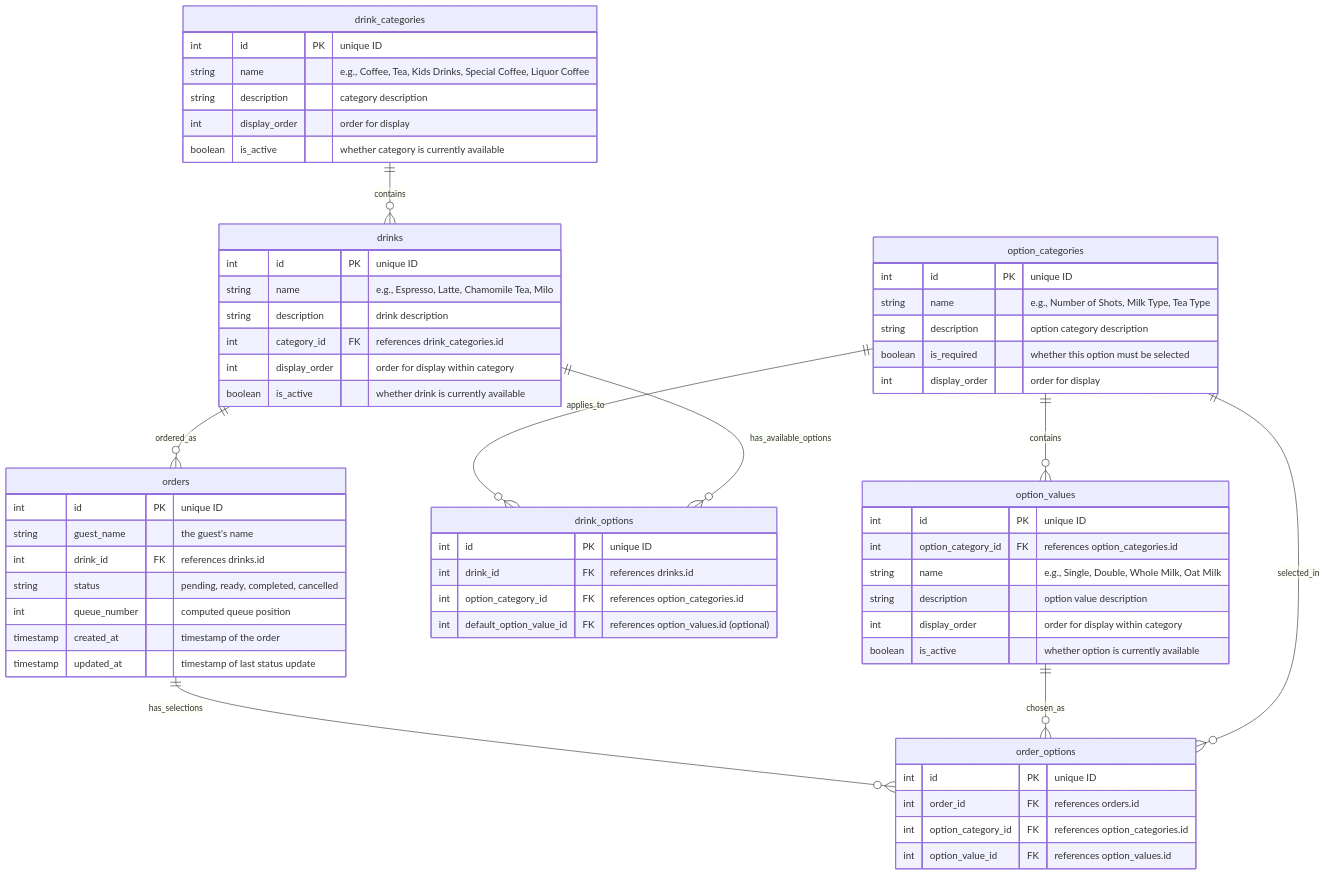
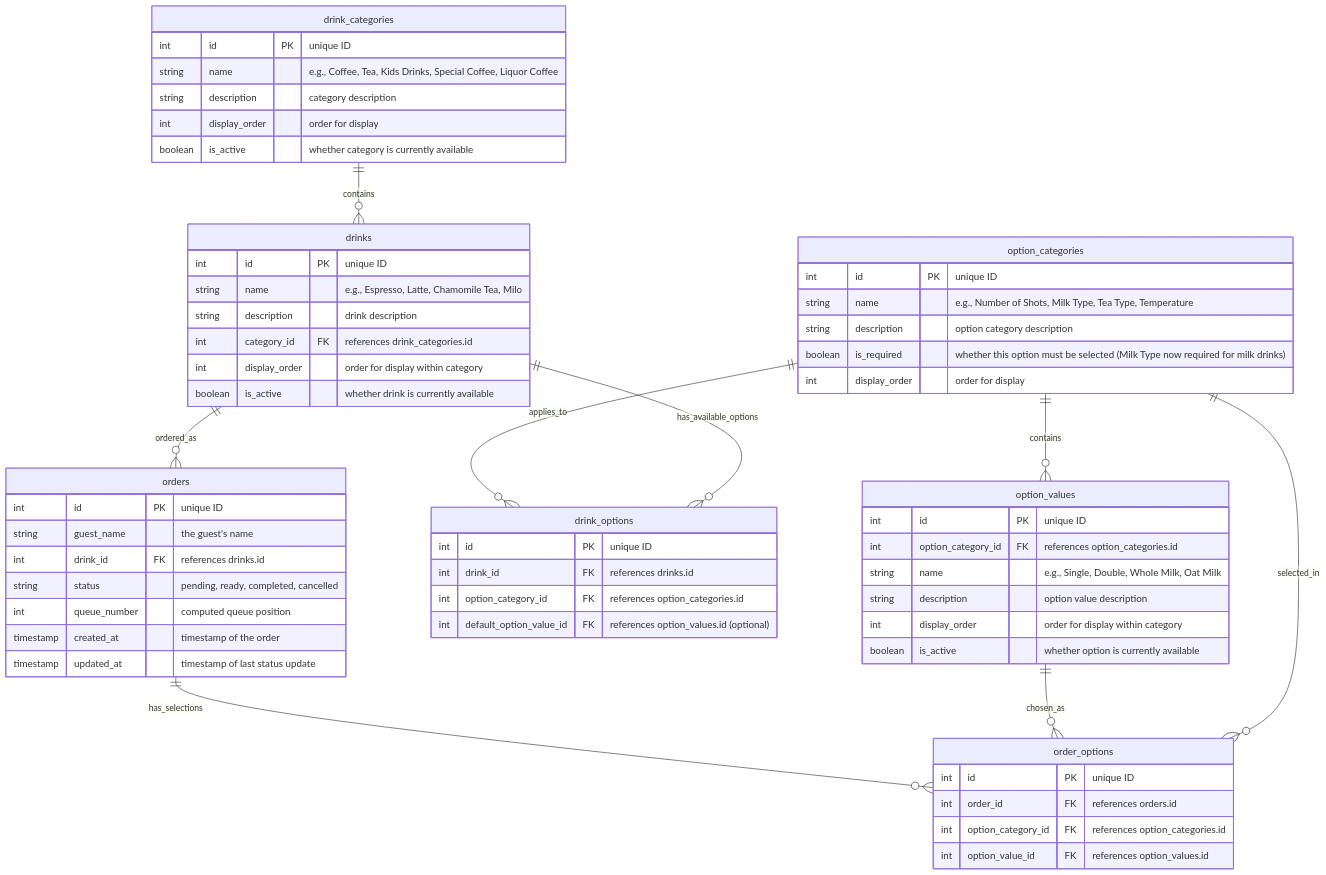
Before and after one commit to raffertyuy/uy-kape: the diagram in docs/specs/db_schema.md, drawn with Mermaid. The commit also changed other lines of this file and 3 other files, not shown here.

````diff
--- a/docs/specs/db_schema.md
+++ b/docs/specs/db_schema.md
@@ -7,69 +7,69 @@
 ```mermaid
 erDiagram
     drink_categories {
         int id PK "unique ID"
         string name "e.g., Coffee, Tea, Kids Drinks, Special Coffee, Liquor Coffee"
         string description "category description"
         int display_order "order for display"
         boolean is_active "whether category is currently available"
     }
     
     drinks {
         int id PK "unique ID"
         string name "e.g., Espresso, Latte, Chamomile Tea, Milo"
         string description "drink description"
         int category_id FK "references drink_categories.id"
         int display_order "order for display within category"
         boolean is_active "whether drink is currently available"
     }
     
     option_categories {
         int id PK "unique ID"
-        string name "e.g., Number of Shots, Milk Type, Tea Type"
+        string name "e.g., Number of Shots, Milk Type, Tea Type, Temperature"
         string description "option category description"
-        boolean is_required "whether this option must be selected"
+        boolean is_required "whether this option must be selected (Milk Type now required for milk drinks)"
         int display_order "order for display"
     }
     
     option_values {
         int id PK "unique ID"
         int option_category_id FK "references option_categories.id"
         string name "e.g., Single, Double, Whole Milk, Oat Milk"
         string description "option value description"
         int display_order "order for display within category"
         boolean is_active "whether option is currently available"
     }
     
     drink_options {
         int id PK "unique ID"
         int drink_id FK "references drinks.id"
         int option_category_id FK "references option_categories.id"
         int default_option_value_id FK "references option_values.id (optional)"
     }
     
     orders {
         int id PK "unique ID"
         string guest_name "the guest's name"
         int drink_id FK "references drinks.id"
         string status "pending, ready, completed, cancelled"
         int queue_number "computed queue position"
         timestamp created_at "timestamp of the order"
         timestamp updated_at "timestamp of last status update"
     }
     
     order_options {
         int id PK "unique ID"
         int order_id FK "references orders.id"
         int option_category_id FK "references option_categories.id"
         int option_value_id FK "references option_values.id"
     }
     
     drink_categories ||--o{ drinks : contains
     drinks ||--o{ drink_options : has_available_options
     drinks ||--o{ orders : ordered_as
     option_categories ||--o{ option_values : contains
     option_categories ||--o{ drink_options : applies_to
     option_categories ||--o{ order_options : selected_in
     option_values ||--o{ order_options : chosen_as
     orders ||--o{ order_options : has_selections
 ```
````
